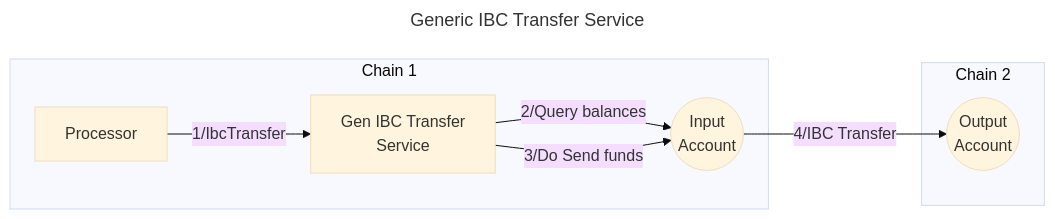
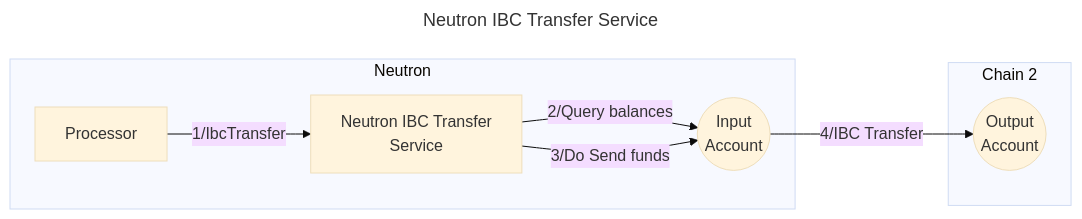
Before and after one commit to timewave-computer/valence-protocol: the diagram in contracts/services/neutron-ibc-transfer/README.md, drawn with Mermaid (base theme).

Commit message:
Fix Neutron IBC Transfer service README

````diff
--- a/contracts/services/neutron-ibc-transfer/README.md
+++ b/contracts/services/neutron-ibc-transfer/README.md
@@ -9,21 +9,21 @@
 ```mermaid
 ---
-title: Generic IBC Transfer Service
+title: Neutron IBC Transfer Service
 ---
 graph LR
   IA((Input
       Account))
   OA((Output
 		  Account))
   P[Processor]
-  S[Gen IBC Transfer
+  S[Neutron IBC Transfer
     Service]
-  subgraph Chain 1
+  subgraph Neutron
   P -- 1/IbcTransfer --> S
   S -- 2/Query balances --> IA
   S -- 3/Do Send funds --> IA
   end
   subgraph Chain 2
   IA -- 4/IBC Transfer --> OA
   end
 ```
````
